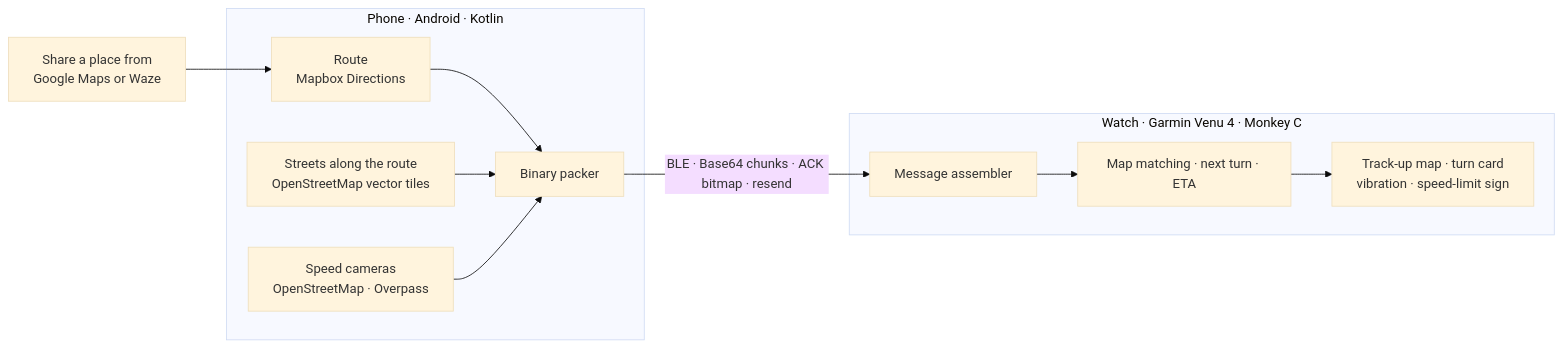
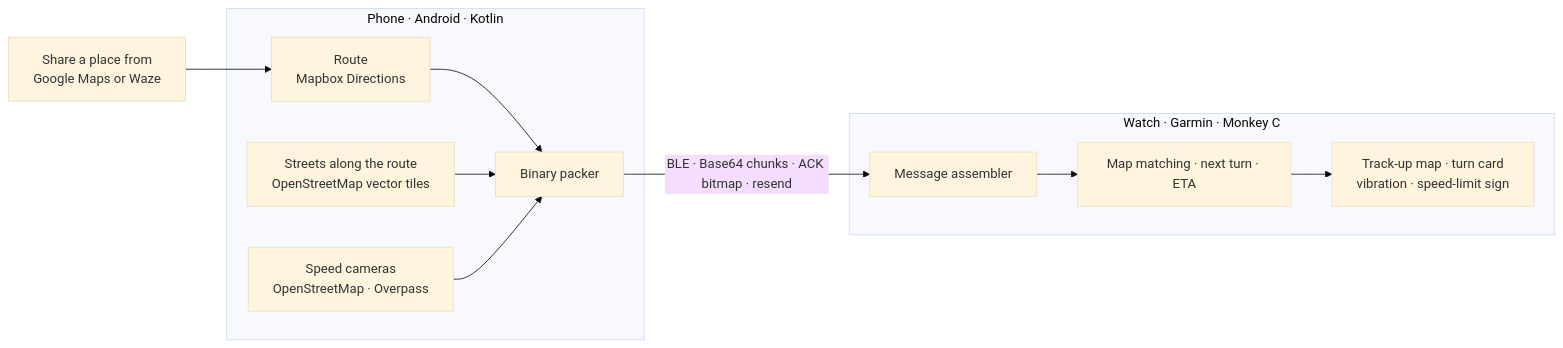
One commit to IgorLima-py/bora-nav changed the diagram in README.md. Above: the diagram before and after it, drawn with Mermaid (base theme). The commit also changed other lines of this file and 27 other files, not shown here.

````diff
--- a/README.md
+++ b/README.md
@@ -40,19 +62,19 @@
 ```mermaid
 flowchart LR
     share["Share a place from<br/>Google Maps or Waze"]
     subgraph phone["Phone · Android · Kotlin"]
         route["Route<br/>Mapbox Directions"]
         streets["Streets along the route<br/>OpenStreetMap vector tiles"]
         cams["Speed cameras<br/>OpenStreetMap · Overpass"]
         pack["Binary packer"]
         route --> pack
         streets --> pack
         cams --> pack
     end
     pack -- "BLE · Base64 chunks · ACK bitmap · resend" --> asm
-    subgraph watch["Watch · Garmin Venu 4 · Monkey C"]
+    subgraph watch["Watch · Garmin · Monkey C"]
         asm["Message assembler"] --> nav["Map matching · next turn · ETA"]
         nav --> draw["Track-up map · turn card<br/>vibration · speed-limit sign"]
     end
     share --> route
 ```
````
